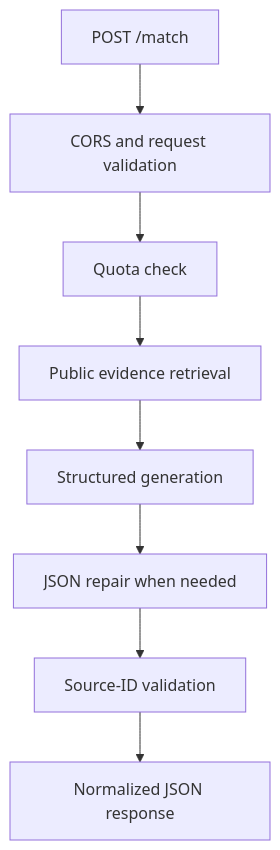
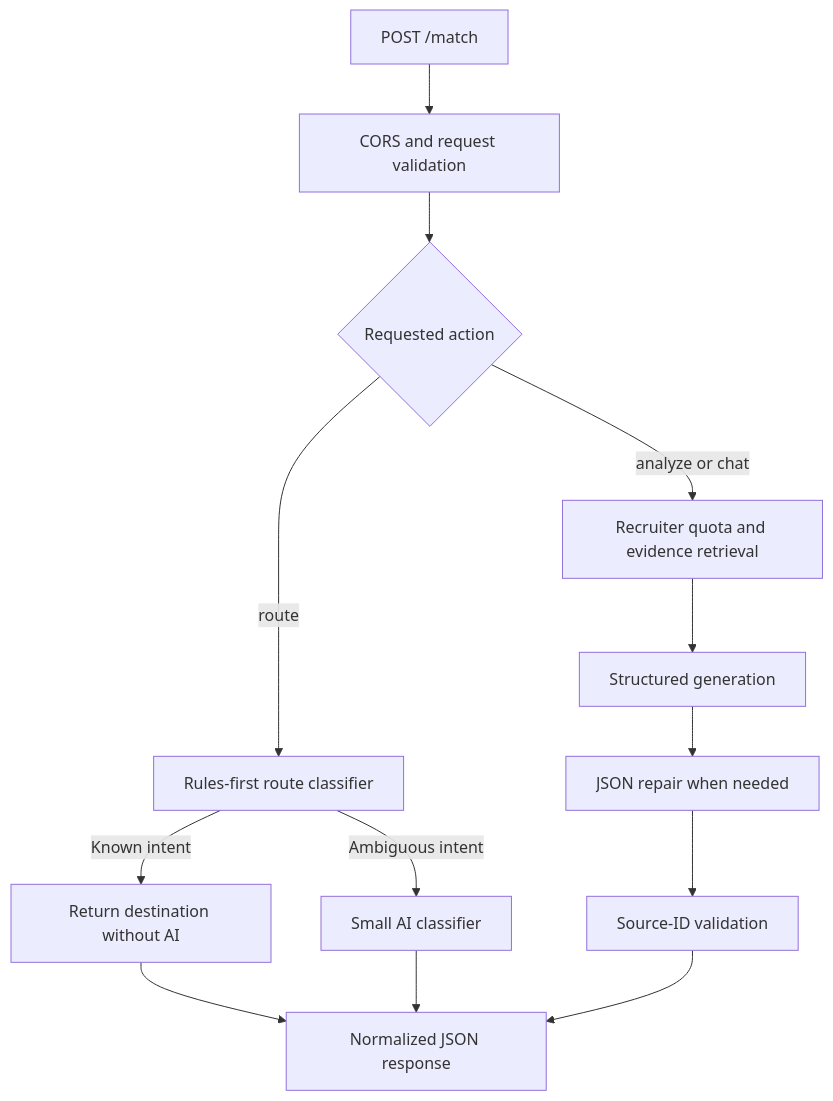
The diagram in workers/recruiter-match/README.md (burtonmakes/burtonmakes.github.io), drawn with Mermaid before and after one commit. The commit also changed other lines of this file, not shown here.

Commit message:
Document homepage route action and quotas

````diff
--- a/workers/recruiter-match/README.md
+++ b/workers/recruiter-match/README.md
@@ -9,10 +12,15 @@
 ```mermaid
 flowchart TD
     A["POST /match"] --> B["CORS and request validation"]
-    B --> C["Quota check"]
-    C --> D["Public evidence retrieval"]
-    D --> E["Structured generation"]
-    E --> F["JSON repair when needed"]
-    F --> G["Source-ID validation"]
-    G --> H["Normalized JSON response"]
+    B --> C{"Requested action"}
+    C -->|route| D["Rules-first route classifier"]
+    D -->|Known intent| E["Return destination without AI"]
+    D -->|Ambiguous intent| F["Small AI classifier"]
+    C -->|analyze or chat| G["Recruiter quota and evidence retrieval"]
+    G --> H["Structured generation"]
+    H --> I["JSON repair when needed"]
+    I --> J["Source-ID validation"]
+    E --> K["Normalized JSON response"]
+    F --> K
+    J --> K
 ```
````
